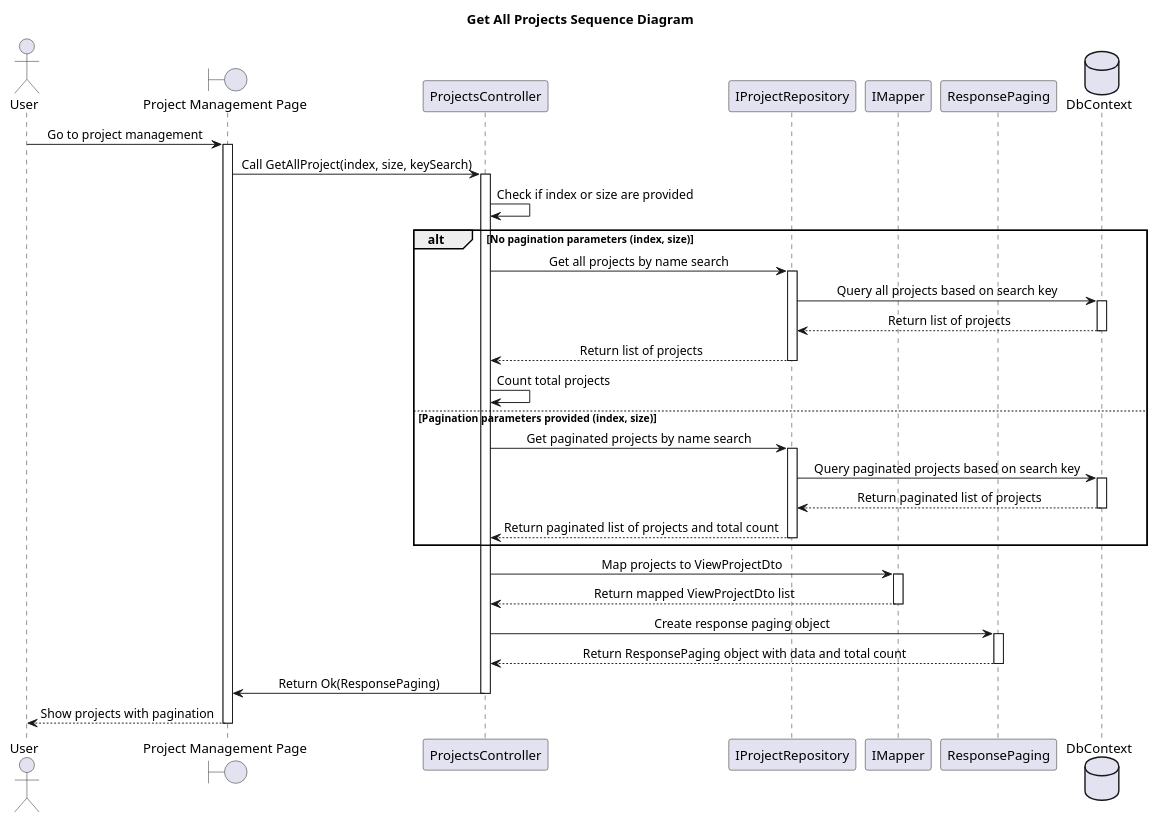
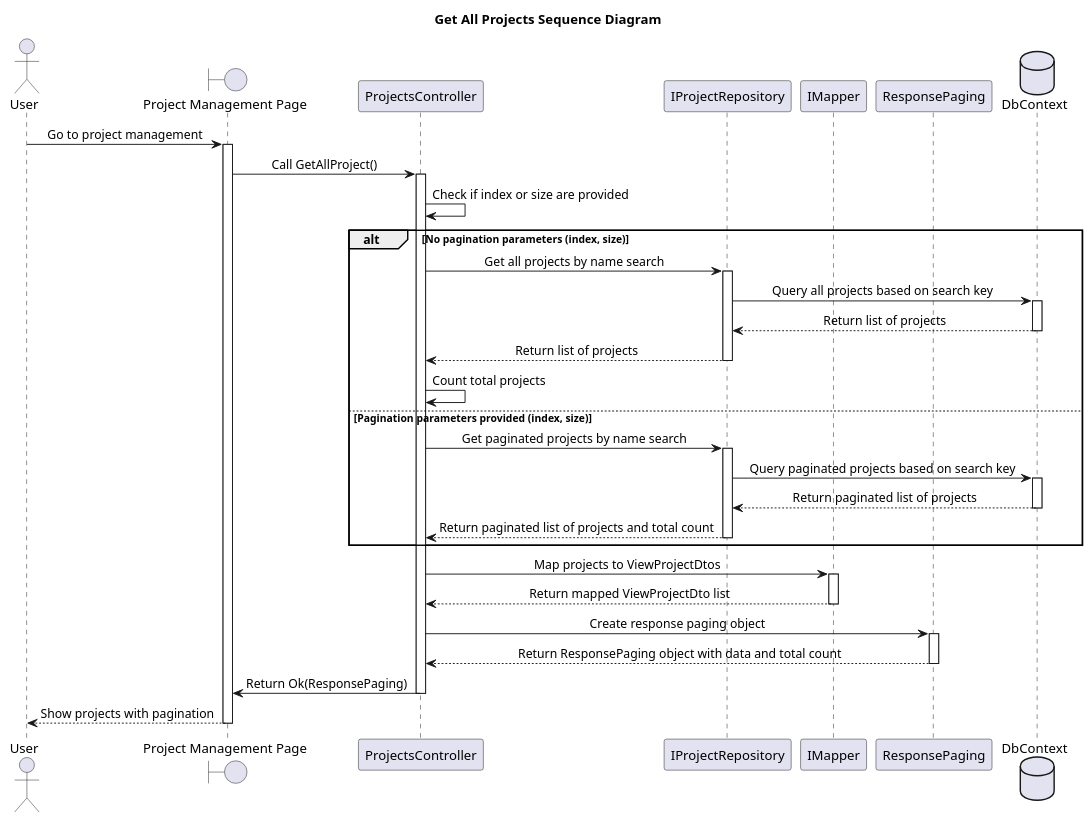
One commit to Caothuludau/InSyncDocument changed the diagram in ClassDiagram/ProjectManagement/ViewListProjectSequenceDiagram.plantuml. Above: the diagram before and after it, drawn with PlantUML. The commit also changed 19 other files, not shown here.

```diff
--- a/ClassDiagram/ProjectManagement/ViewListProjectSequenceDiagram.plantuml
+++ b/ClassDiagram/ProjectManagement/ViewListProjectSequenceDiagram.plantuml
@@ -1,60 +1,60 @@
 @startuml
 skinparam classAttributeIconSize 0
 skinparam SequenceMessageAlignment center
 Title Get All Projects Sequence Diagram
 
 actor "User" as U
 boundary "Project Management Page" as PPage
 participant "ProjectsController" as ProjectsController
 participant "IProjectRepository" as IProjectRepo
 participant "IMapper" as Mapper
 participant "ResponsePaging" as ResponsePaging
 database "DbContext" as DbContext
 
 
 U -> PPage : Go to project management
 activate PPage
 
-PPage -> ProjectsController : Call GetAllProject(index, size, keySearch)
+PPage -> ProjectsController : Call GetAllProject()
 activate ProjectsController
 
 
     ProjectsController -> ProjectsController : Check if index or size are provided
     alt No pagination parameters (index, size)
         ProjectsController -> IProjectRepo : Get all projects by name search
         activate IProjectRepo
         IProjectRepo -> DbContext : Query all projects based on search key
         activate DbContext
         DbContext --> IProjectRepo : Return list of projects
         deactivate DbContext
         IProjectRepo --> ProjectsController : Return list of projects
         deactivate IProjectRepo
         ProjectsController -> ProjectsController : Count total projects
     else Pagination parameters provided (index, size)
         ProjectsController -> IProjectRepo : Get paginated projects by name search
         activate IProjectRepo
         IProjectRepo -> DbContext : Query paginated projects based on search key
         activate DbContext
         DbContext --> IProjectRepo : Return paginated list of projects
         deactivate DbContext
         IProjectRepo --> ProjectsController : Return paginated list of projects and total count
         deactivate IProjectRepo
     end
 
-    ProjectsController -> Mapper : Map projects to ViewProjectDto
+    ProjectsController -> Mapper : Map projects to ViewProjectDtos
     activate Mapper
     Mapper --> ProjectsController : Return mapped ViewProjectDto list
     deactivate Mapper
 
     ProjectsController -> ResponsePaging : Create response paging object
     activate ResponsePaging
     ResponsePaging --> ProjectsController : Return ResponsePaging object with data and total count
     deactivate ResponsePaging
     ProjectsController -> PPage : Return Ok(ResponsePaging)
     deactivate ProjectsController
     PPage --> U : Show projects with pagination
     deactivate PPage
 
 
 
 @enduml
```
